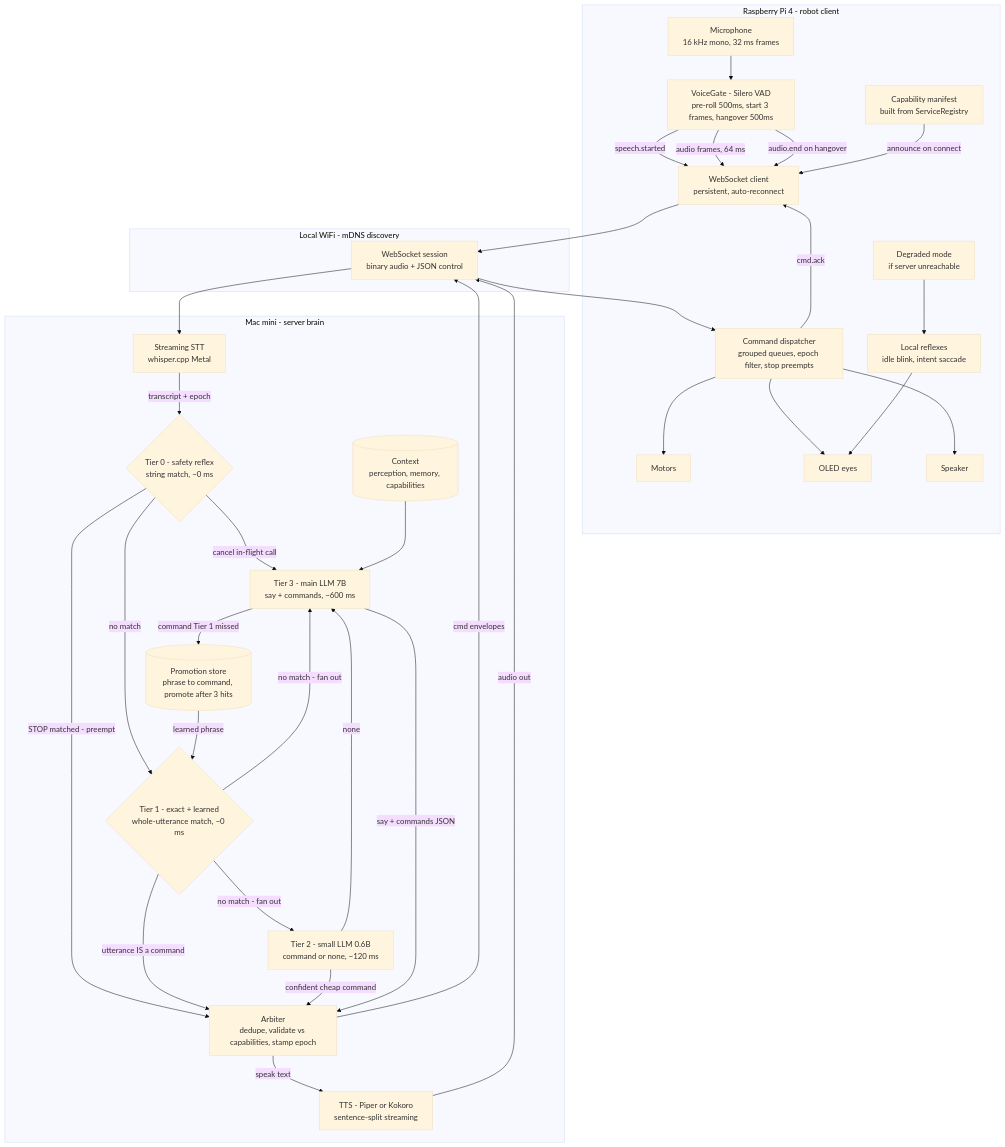
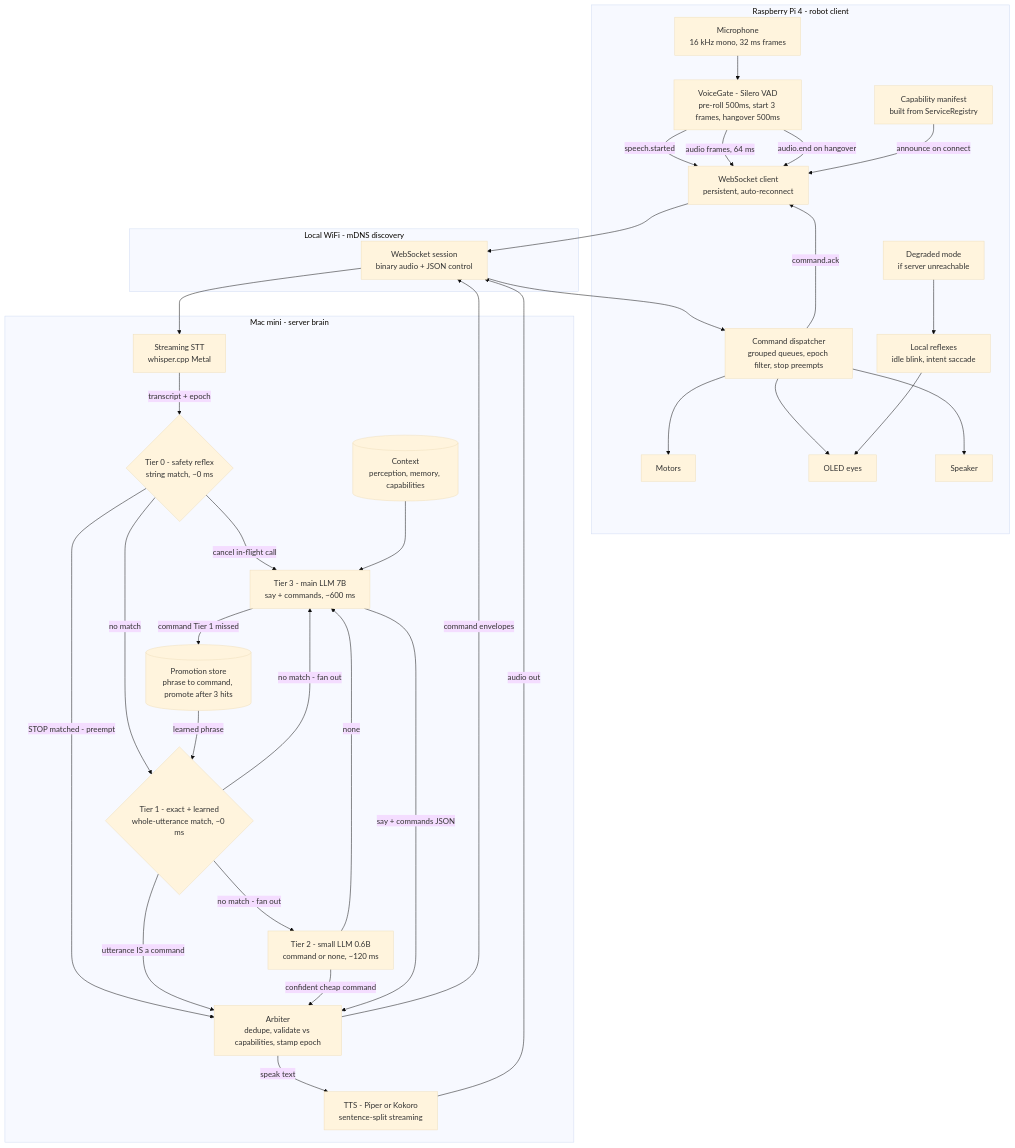
The diagram in docs/architecture.md (Vlad-Andres/companion-robot-eva), drawn with Mermaid (base theme) before and after one commit. The commit also changed 32 other files, not shown here.

````diff
--- a/docs/architecture.md
+++ b/docs/architecture.md
@@ -13,67 +13,67 @@
 ```mermaid
 flowchart TD
 
   subgraph PI["Raspberry Pi 4 - robot client"]
     MIC["Microphone<br/>16 kHz mono, 32 ms frames"]
     VAD["VoiceGate - Silero VAD<br/>pre-roll 500ms, start 3 frames, hangover 500ms"]
     CAP["Capability manifest<br/>built from ServiceRegistry"]
     WSC["WebSocket client<br/>persistent, auto-reconnect"]
     DISP["Command dispatcher<br/>grouped queues, epoch filter, stop preempts"]
     MOT["Motors"]
     EYE["OLED eyes"]
     SPK["Speaker"]
     REF["Local reflexes<br/>idle blink, intent saccade"]
     DEG["Degraded mode<br/>if server unreachable"]
   end
 
   subgraph NET["Local WiFi - mDNS discovery"]
     WS["WebSocket session<br/>binary audio + JSON control"]
   end
 
   subgraph MAC["Mac mini - server brain"]
     STT["Streaming STT<br/>whisper.cpp Metal"]
     T0{"Tier 0 - safety reflex<br/>string match, ~0 ms"}
     T1{"Tier 1 - exact + learned<br/>whole-utterance match, ~0 ms"}
     T2["Tier 2 - small LLM 0.6B<br/>command or none, ~120 ms"]
     T3["Tier 3 - main LLM 7B<br/>say + commands, ~600 ms"]
     ARB["Arbiter<br/>dedupe, validate vs capabilities, stamp epoch"]
     PROMO[("Promotion store<br/>phrase to command, promote after 3 hits")]
     CTX[("Context<br/>perception, memory, capabilities")]
     TTS["TTS - Piper or Kokoro<br/>sentence-split streaming"]
   end
 
   MIC --> VAD
   VAD -->|"speech.started"| WSC
   VAD -->|"audio frames, 64 ms"| WSC
   VAD -->|"audio.end on hangover"| WSC
   CAP -->|"announce on connect"| WSC
   WSC --> WS
   WS --> STT
 
   STT -->|"transcript + epoch"| T0
   T0 -->|"STOP matched - preempt"| ARB
   T0 -->|"cancel in-flight call"| T3
   T0 -->|"no match"| T1
   T1 -->|"utterance IS a command"| ARB
   T1 -->|"no match - fan out"| T2
   T1 -->|"no match - fan out"| T3
 
   T2 -->|"confident cheap command"| ARB
   T2 -->|"none"| T3
   CTX --> T3
   T3 -->|"say + commands JSON"| ARB
   T3 -->|"command Tier 1 missed"| PROMO
   PROMO -->|"learned phrase"| T1
 
   ARB -->|"speak text"| TTS
-  ARB -->|"cmd envelopes"| WS
+  ARB -->|"command envelopes"| WS
   TTS -->|"audio out"| WS
 
   WS --> DISP
   DISP --> MOT
   DISP --> EYE
   DISP --> SPK
-  DISP -->|"cmd.ack"| WSC
+  DISP -->|"command.ack"| WSC
   REF --> EYE
   DEG --> REF
 ```
````
